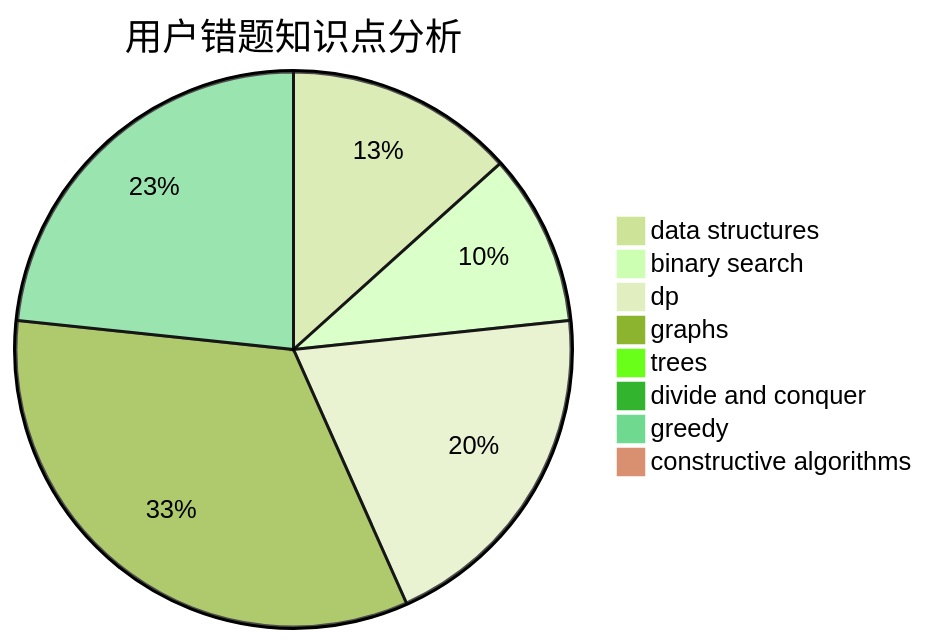
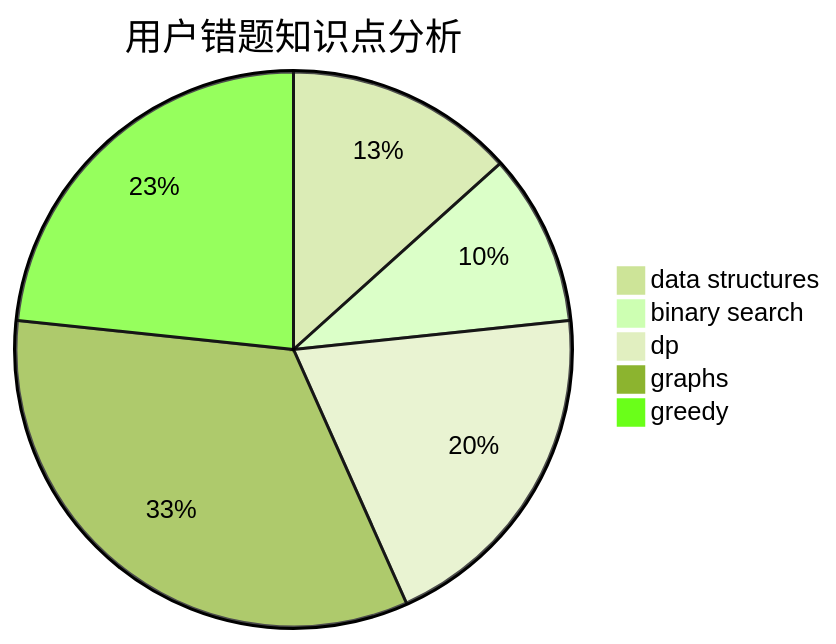
Before and after one commit to sherpahu/cfrs.github.io: the third of 3 diagrams in docs/user/u438.md, drawn with Mermaid (forest theme). The commit also changed other lines of this file and 2770 other files, not shown here.

````diff
--- a/docs/user/u438.md
+++ b/docs/user/u438.md
@@ -31,11 +29,8 @@
 ```mermaid
 pie title 用户错题知识点分析
     "data structures" :  4
     "binary search" :  3
     "dp" :  6
     "graphs" :  10
-    "trees" :  0
-    "divide and conquer" :  0
     "greedy" :  7
-    "constructive algorithms" :  0
 ```
````
